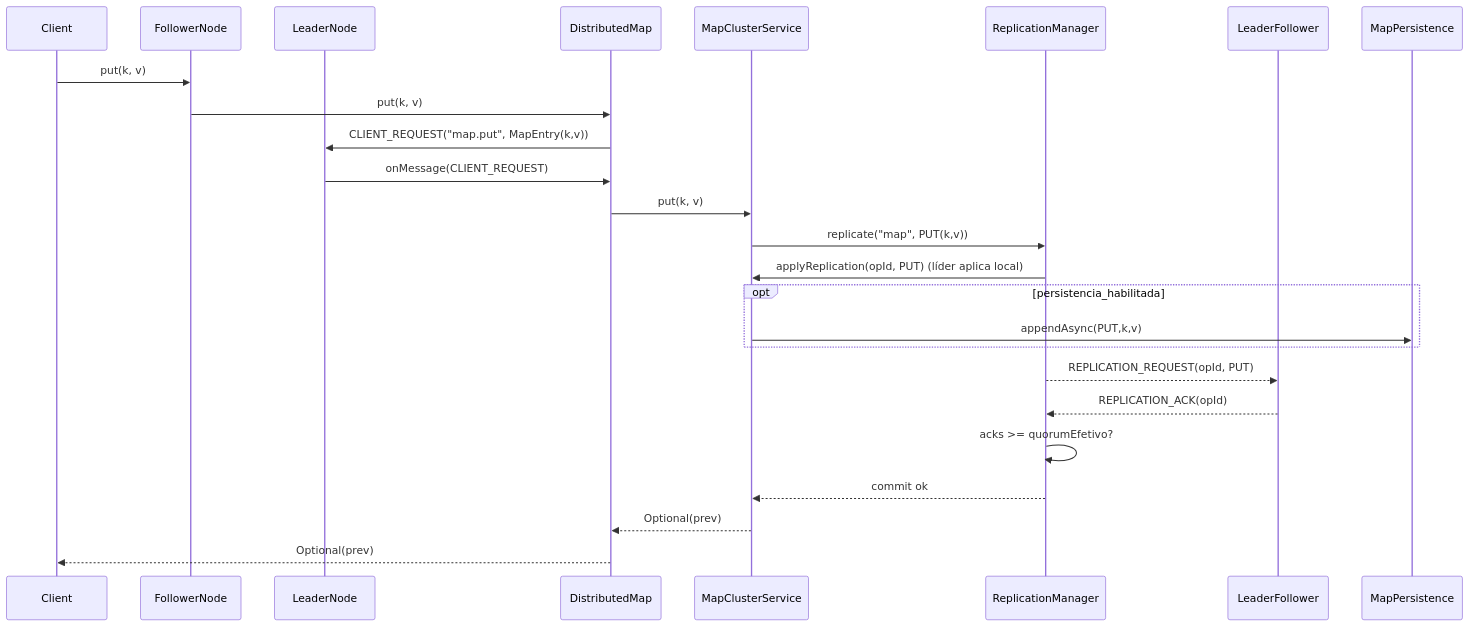
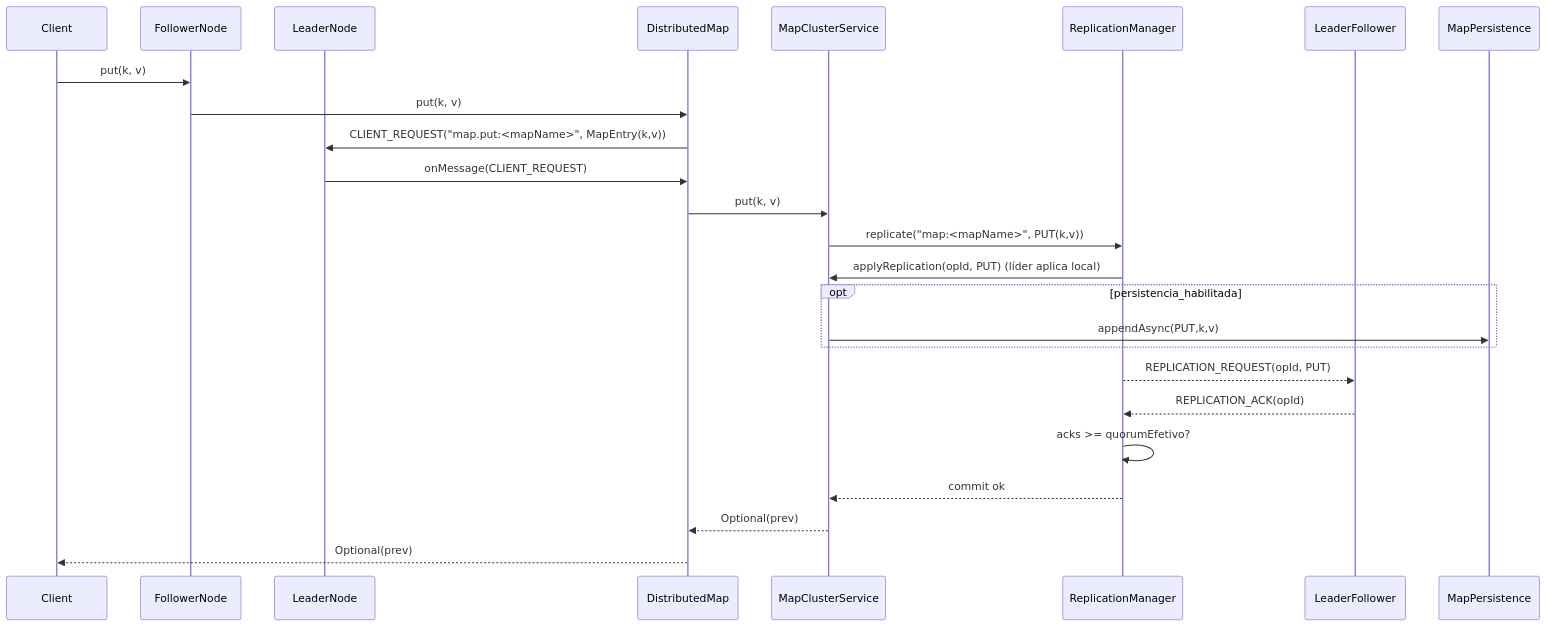
One commit to nishisan-dev/nishi-utils changed the first of 5 diagrams in doc/ngrid/map-design.md. Above: the diagram before and after it, drawn with Mermaid. The commit also changed other lines of this file and 4 other files, not shown here.

````diff
--- a/doc/ngrid/map-design.md
+++ b/doc/ngrid/map-design.md
@@ -76,28 +76,28 @@
 ```mermaid
 sequenceDiagram
 participant Client as Client
 participant F as FollowerNode
 participant L as LeaderNode
 participant DM as DistributedMap
 participant MS as MapClusterService
 participant RM as ReplicationManager
 participant LF as LeaderFollower
 participant MP as MapPersistence
 
 Client->>F: put(k, v)
 F->>DM: put(k, v)
-DM->>L: CLIENT_REQUEST("map.put", MapEntry(k,v))
+DM->>L: CLIENT_REQUEST("map.put:<mapName>", MapEntry(k,v))
 L->>DM: onMessage(CLIENT_REQUEST)
 DM->>MS: put(k, v)
-MS->>RM: replicate("map", PUT(k,v))
+MS->>RM: replicate("map:<mapName>", PUT(k,v))
 RM->>MS: applyReplication(opId, PUT) (líder aplica local)
 opt persistencia_habilitada
   MS->>MP: appendAsync(PUT,k,v)
 end
 RM-->>LF: REPLICATION_REQUEST(opId, PUT)
 LF-->>RM: REPLICATION_ACK(opId)
 RM->>RM: acks >= quorumEfetivo?
 RM-->>MS: commit ok
 MS-->>DM: Optional(prev)
 DM-->>Client: Optional(prev)
 ```
````
